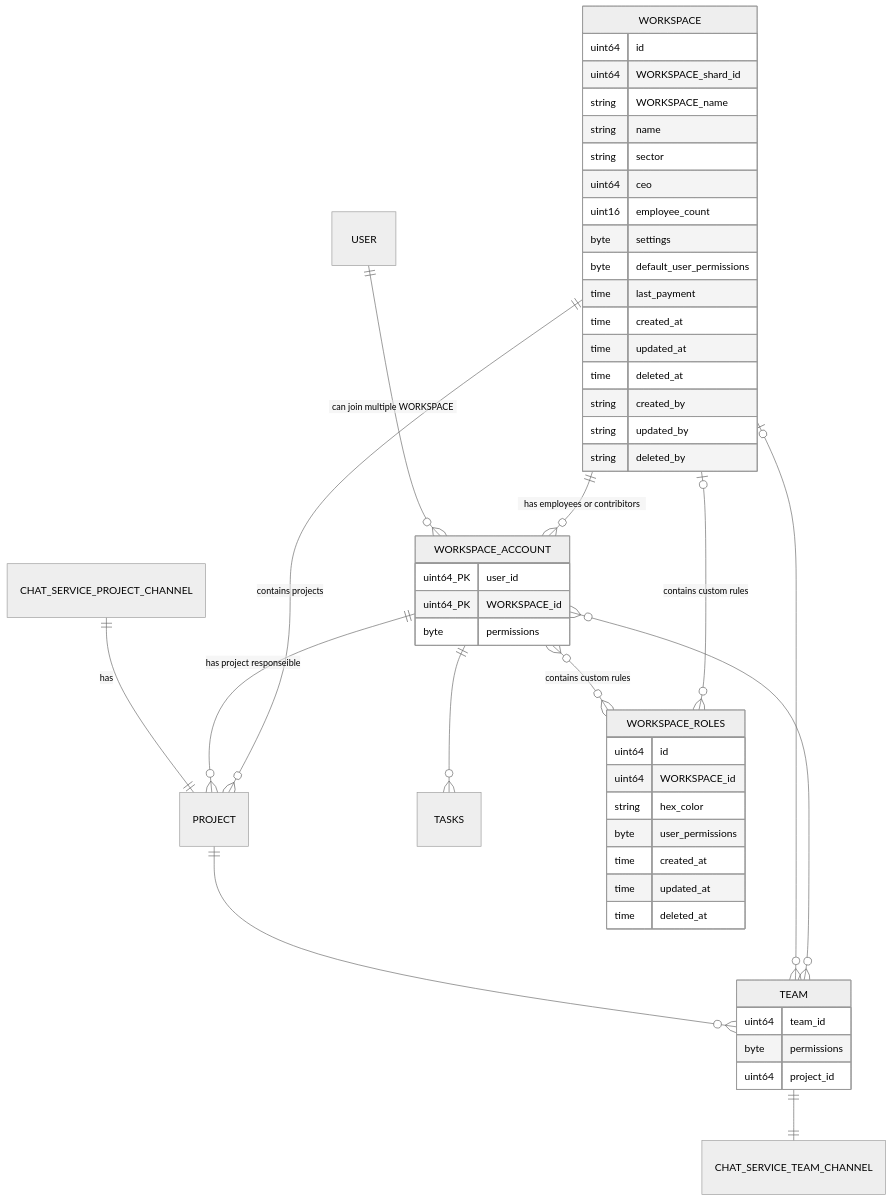
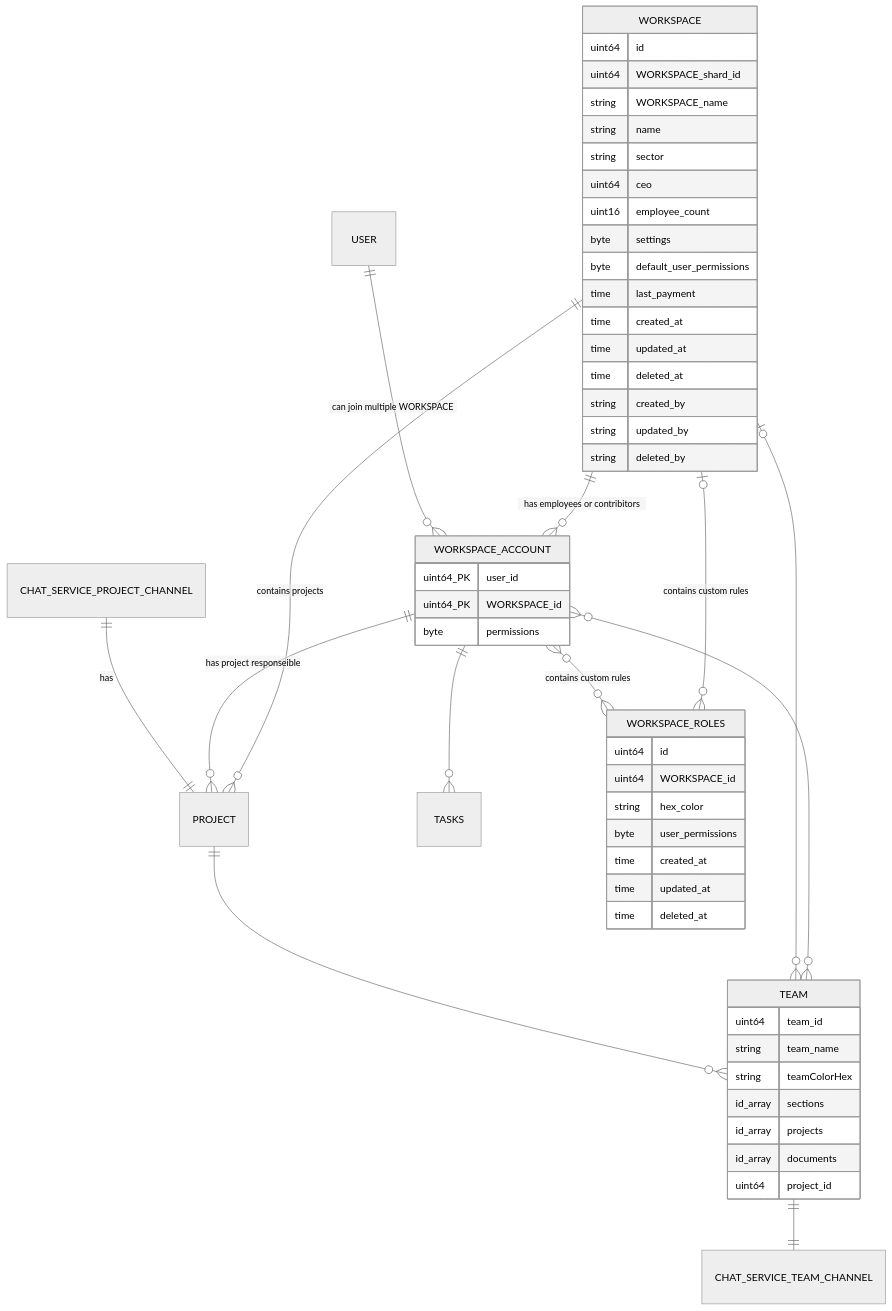
One commit to DEONSKY/ProjectManagementAppDoc changed the second of 3 diagrams in README.md. Above: the diagram before and after it, drawn with Mermaid (neutral theme). The commit also changed other lines of this file, not shown here.

````diff
--- a/README.md
+++ b/README.md
@@ -341,69 +355,74 @@
 ```mermaid
 erDiagram 
 WORKSPACE_ACCOUNT 
 
 WORKSPACE_ACCOUNT }o--o{ TEAM : ""
 
 WORKSPACE |o--o{ TEAM : ""
 
 
 
 TEAM {
 uint64 team_id
-byte permissions
+string team_name
+string teamColorHex
+id_array sections
+id_array projects
+id_array documents
+
 uint64 project_id
 }
 
 PROJECT ||--o{ TEAM : ""
 TEAM ||--|| CHAT_SERVICE_TEAM_CHANNEL: ""
 
 
 
 WORKSPACE_ACCOUNT||--o{ TASKS : ""
 
 
 WORKSPACE  ||--o{  WORKSPACE_ACCOUNT  : "has employees or contribitors"  
  WORKSPACE  {  
  uint64 id
  uint64 WORKSPACE_shard_id
  string WORKSPACE_name  
  string name 
  string sector  
  uint64 ceo
  uint16 employee_count
  byte settings
  byte default_user_permissions
  time last_payment
  time created_at
  time updated_at
  time deleted_at
  string created_by
  string updated_by
  string deleted_by
  }  
  
 WORKSPACE |o--o{  WORKSPACE_ROLES  : "contains custom rules" 
 
 WORKSPACE_ACCOUNT }o--o{  WORKSPACE_ROLES  : "contains custom rules" 
 
 
 WORKSPACE_ROLES {
 	uint64 id
 	uint64 WORKSPACE_id
 	string hex_color
 	byte user_permissions
 	time created_at
 	time updated_at
 	time deleted_at
 
 }
  WORKSPACE_ACCOUNT  {  
  uint64_PK user_id  
  uint64_PK WORKSPACE_id  
  byte permissions
  }  
  WORKSPACE ||--o{  PROJECT  : "contains projects"  
  WORKSPACE_ACCOUNT ||--o{  PROJECT  : "has project responseible"  
  USER ||--o{  WORKSPACE_ACCOUNT  : "can join multiple WORKSPACE" 
  CHAT_SERVICE_PROJECT_CHANNEL ||--||  PROJECT  : "has" 
 ```
````
